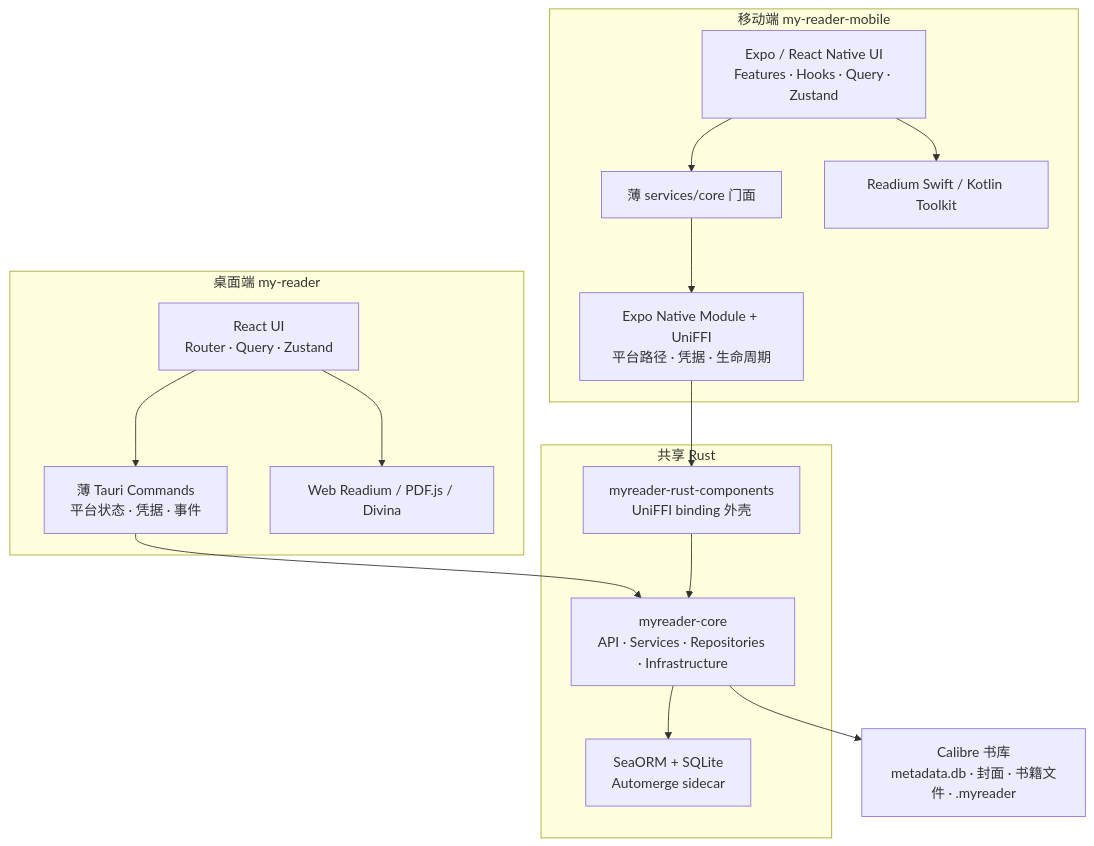
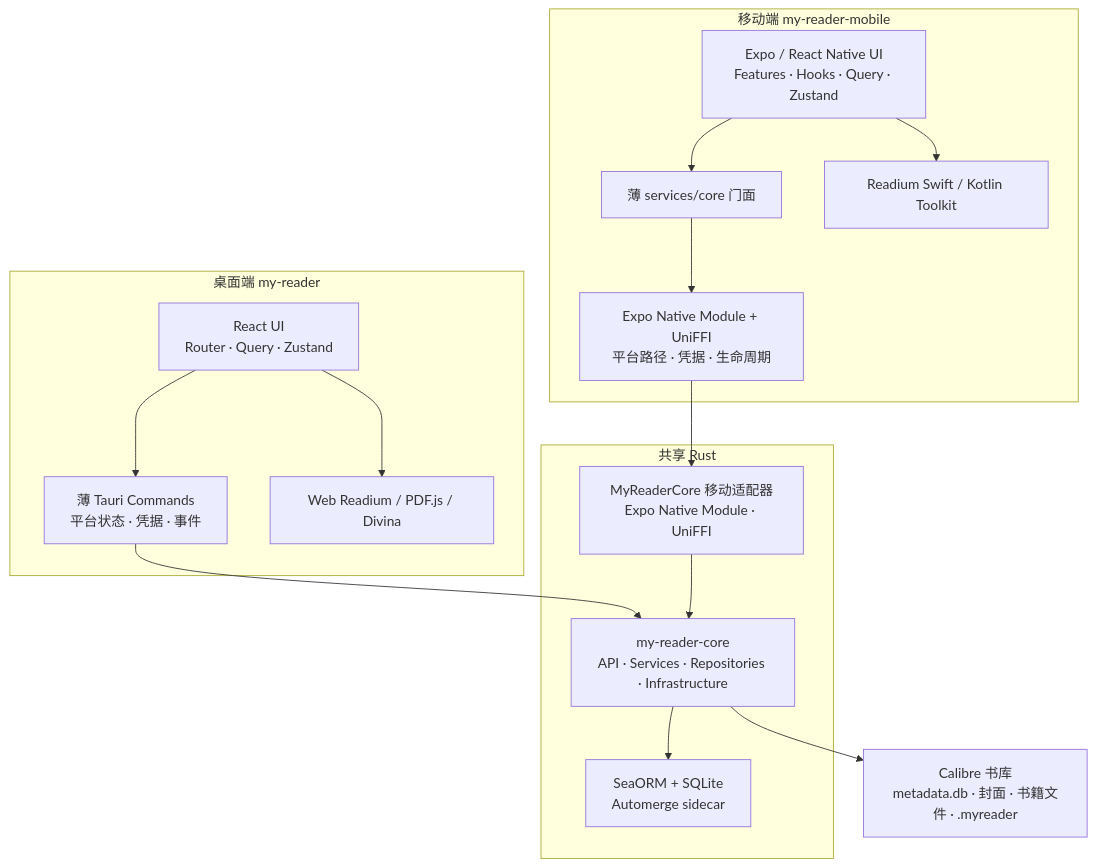
One commit to RyouMon/MyReader changed the diagram in ARCHITECTURE.md. Above: the diagram before and after it, drawn with Mermaid. The commit also changed other lines of this file and 243 other files, not shown here.

````diff
--- a/ARCHITECTURE.md
+++ b/ARCHITECTURE.md
@@ -19,30 +19,30 @@
 ```mermaid
 flowchart TB
     Calibre["Calibre 书库<br/>metadata.db · 封面 · 书籍文件 · .myreader"]
 
     subgraph Desktop["桌面端 my-reader"]
         DesktopUI["React UI<br/>Router · Query · Zustand"]
         Tauri["薄 Tauri Commands<br/>平台状态 · 凭据 · 事件"]
         DesktopReader["Web Readium / PDF.js / Divina"]
     end
 
     subgraph Mobile["移动端 my-reader-mobile"]
         MobileUI["Expo / React Native UI<br/>Features · Hooks · Query · Zustand"]
         Facade["薄 services/core 门面"]
         Binding["Expo Native Module + UniFFI<br/>平台路径 · 凭据 · 生命周期"]
         NativeReader["Readium Swift / Kotlin Toolkit"]
     end
 
     subgraph SharedRust["共享 Rust"]
-        Components["myreader-rust-components<br/>UniFFI binding 外壳"]
-        Core["myreader-core<br/>API · Services · Repositories · Infrastructure"]
+        Components["MyReaderCore 移动适配器<br/>Expo Native Module · UniFFI"]
+        Core["my-reader-core<br/>API · Services · Repositories · Infrastructure"]
         Sidecar["SeaORM + SQLite<br/>Automerge sidecar"]
     end
 
     DesktopUI --> Tauri --> Core
     DesktopUI --> DesktopReader
     MobileUI --> Facade --> Binding --> Components --> Core
     MobileUI --> NativeReader
     Core --> Sidecar
     Core --> Calibre
 ```
````
